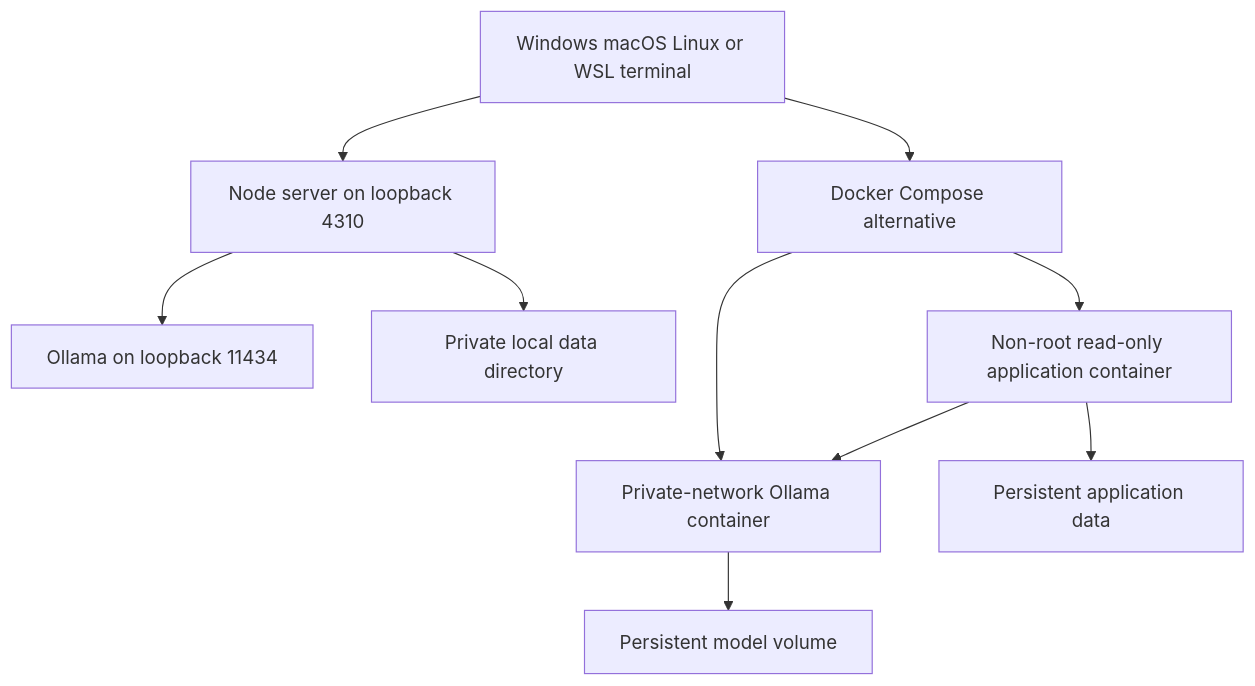
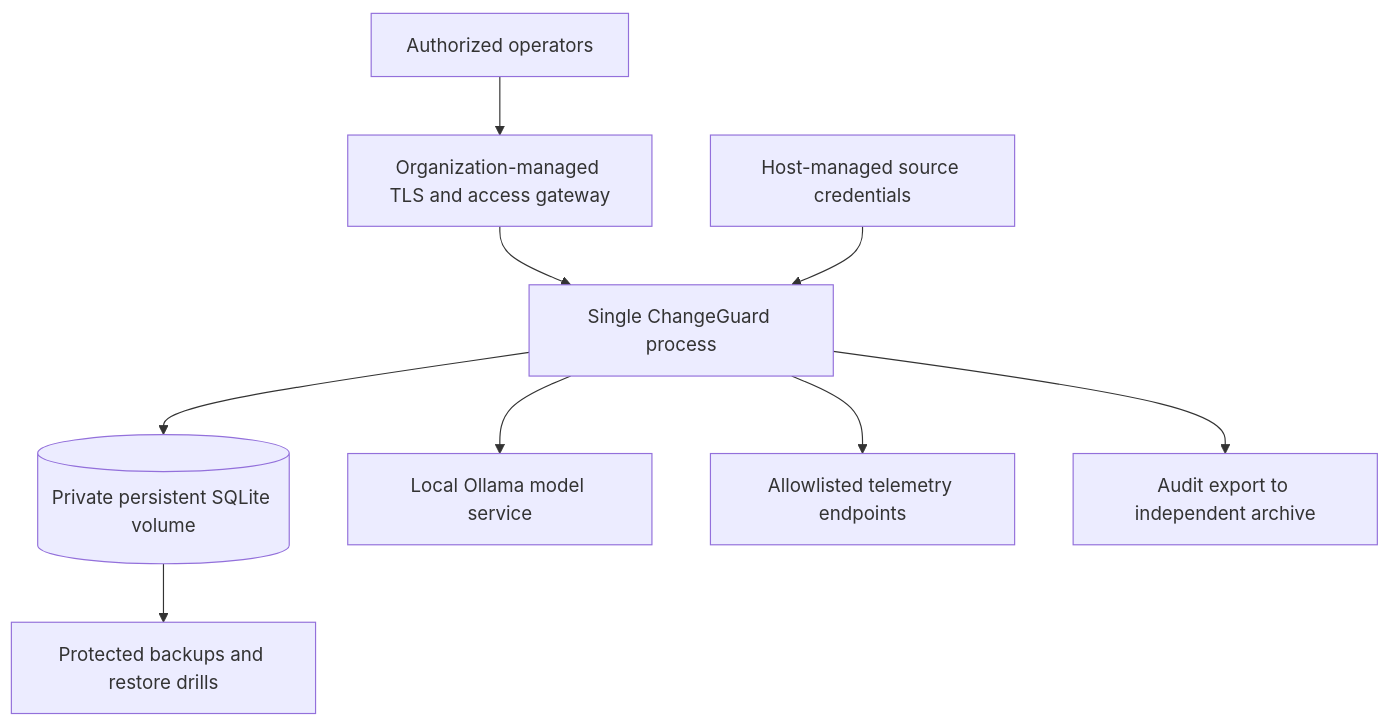
Before and after one commit to anil7000/changeguard: the sixth of 6 diagrams in README.md, drawn with Mermaid. The commit also changed other lines of this file and 39 other files, not shown here.

````diff
--- a/README.md
+++ b/README.md
@@ -129,12 +127,11 @@
 ```mermaid
 flowchart TB
-  Dev[Windows macOS Linux or WSL terminal] --> Native[Node server on loopback 4310]
-  Native --> LocalModel[Ollama on loopback 11434]
-  Native --> LocalData[Private local data directory]
-  Dev --> Compose[Docker Compose alternative]
-  Compose --> App[Non-root read-only application container]
-  Compose --> Ollama[Private-network Ollama container]
-  App --> Ollama
-  App --> Data[Persistent application data]
-  Ollama --> Weights[Persistent model volume]
+  Users[Authorized operators] --> Edge[Organization-managed TLS and access gateway]
+  Edge --> App[Single ChangeGuard process]
+  App --> Data[(Private persistent SQLite volume)]
+  App --> Ollama[Local Ollama model service]
+  App --> Metrics[Allowlisted telemetry endpoints]
+  Secrets[Host-managed source credentials] --> App
+  Data --> Backup[Protected backups and restore drills]
+  App --> Archive[Audit export to independent archive]
 ```
````
